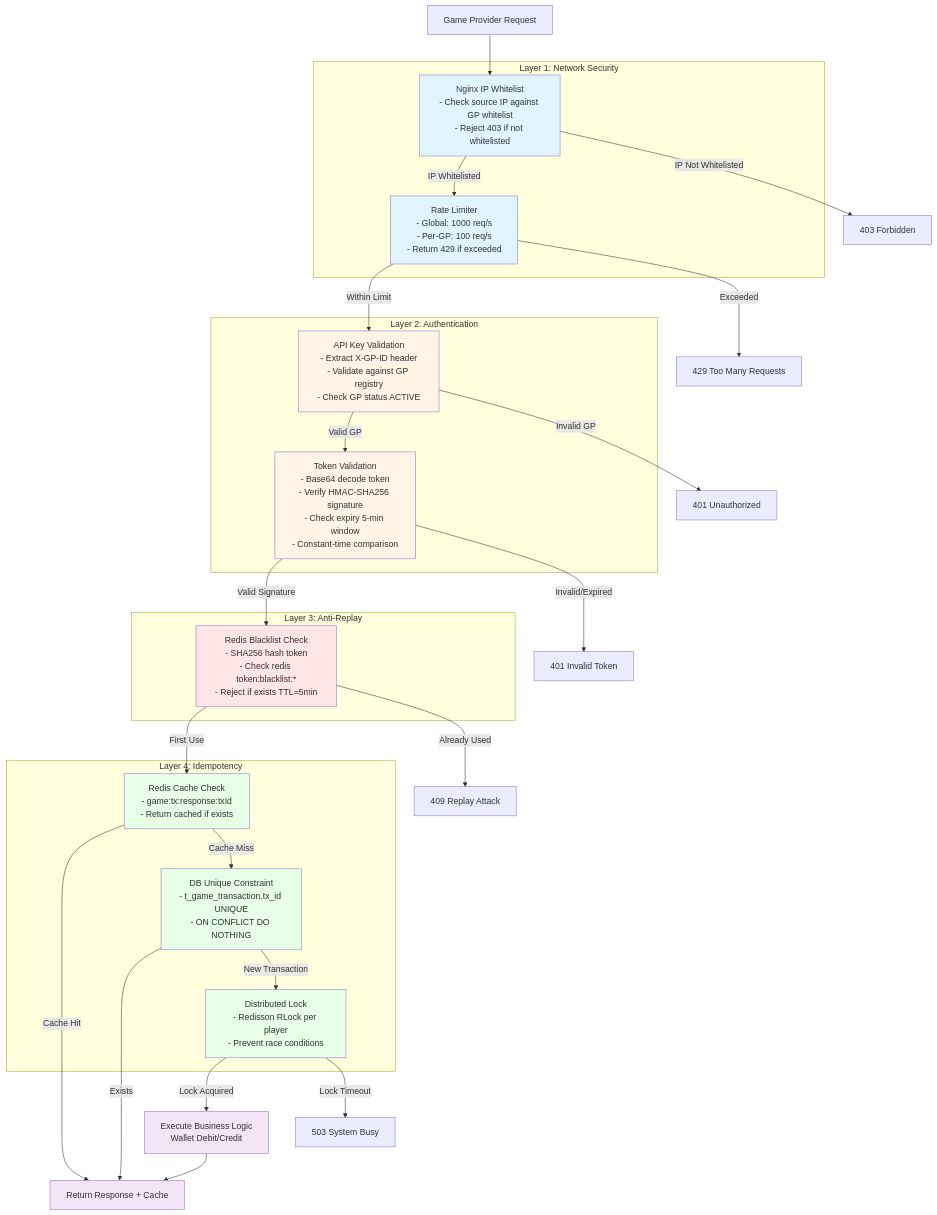
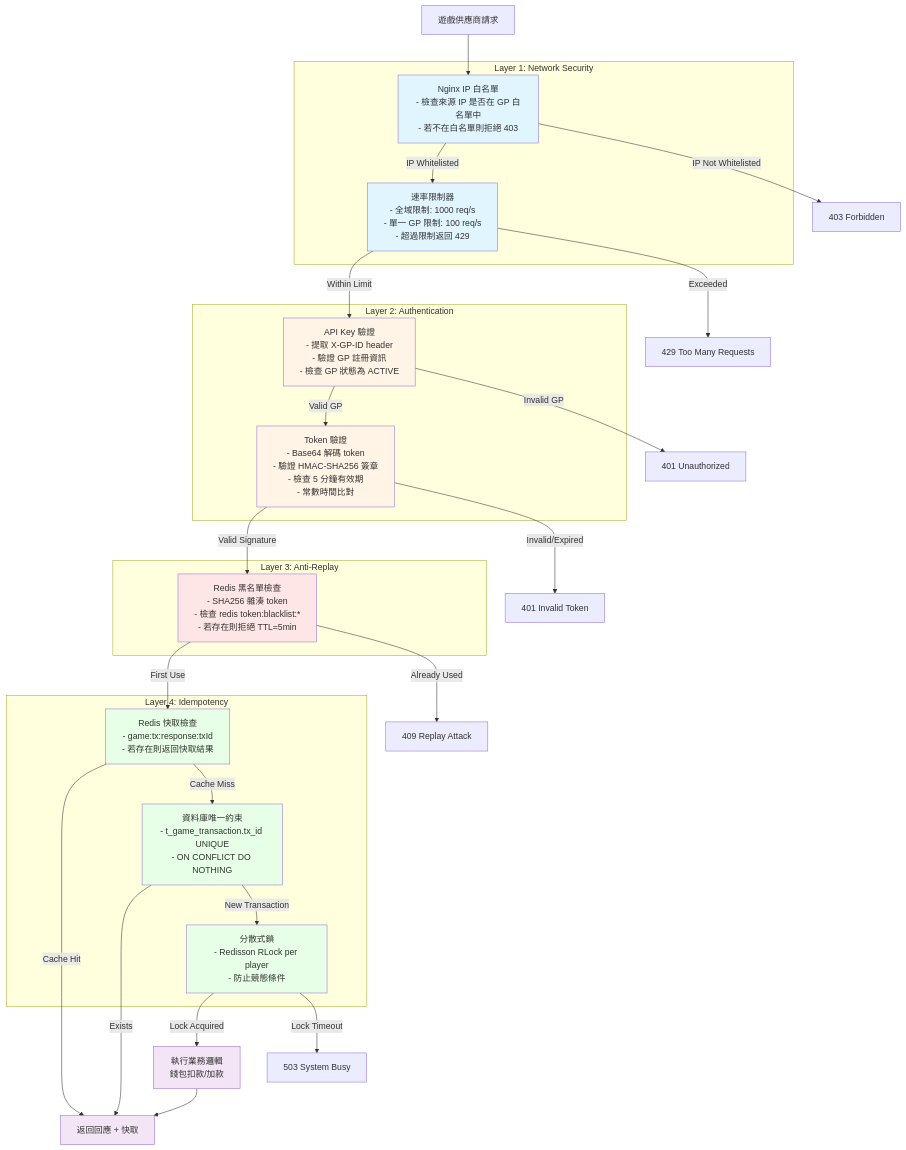
The diagram in docs/iGaming/architecture/03_Game_Integration/Game_Integration_Security.md (ron03wlb/smart-admin), drawn with Mermaid before and after one commit. The commit also changed other lines of this file and 4 other files, not shown here.

````diff
--- a/docs/iGaming/architecture/03_Game_Integration/Game_Integration_Security.md
+++ b/docs/iGaming/architecture/03_Game_Integration/Game_Integration_Security.md
@@ -25,65 +25,65 @@
 ```mermaid
 graph TB
-    Request[Game Provider Request]
+    Request[遊戲供應商請求]
 
     subgraph "Layer 1: Network Security"
-        Nginx[Nginx IP Whitelist<br/>- Check source IP against GP whitelist<br/>- Reject 403 if not whitelisted]
-        RateLimit[Rate Limiter<br/>- Global: 1000 req/s<br/>- Per-GP: 100 req/s<br/>- Return 429 if exceeded]
+        Nginx[Nginx IP 白名單<br/>- 檢查來源 IP 是否在 GP 白名單中<br/>- 若不在白名單則拒絕 403]
+        RateLimit[速率限制器<br/>- 全域限制: 1000 req/s<br/>- 單一 GP 限制: 100 req/s<br/>- 超過限制返回 429]
     end
 
     subgraph "Layer 2: Authentication"
-        APIKey[API Key Validation<br/>- Extract X-GP-ID header<br/>- Validate against GP registry<br/>- Check GP status ACTIVE]
-        Token[Token Validation<br/>- Base64 decode token<br/>- Verify HMAC-SHA256 signature<br/>- Check expiry 5-min window<br/>- Constant-time comparison]
+        APIKey[API Key 驗證<br/>- 提取 X-GP-ID header<br/>- 驗證 GP 註冊資訊<br/>- 檢查 GP 狀態為 ACTIVE]
+        Token[Token 驗證<br/>- Base64 解碼 token<br/>- 驗證 HMAC-SHA256 簽章<br/>- 檢查 5 分鐘有效期<br/>- 常數時間比對]
     end
 
     subgraph "Layer 3: Anti-Replay"
-        Replay[Redis Blacklist Check<br/>- SHA256 hash token<br/>- Check redis token:blacklist:*<br/>- Reject if exists TTL=5min]
+        Replay[Redis 黑名單檢查<br/>- SHA256 雜湊 token<br/>- 檢查 redis token:blacklist:*<br/>- 若存在則拒絕 TTL=5min]
     end
 
     subgraph "Layer 4: Idempotency"
-        Cache[Redis Cache Check<br/>- game:tx:response:txId<br/>- Return cached if exists]
-        DB[DB Unique Constraint<br/>- t_game_transaction.tx_id UNIQUE<br/>- ON CONFLICT DO NOTHING]
-        Lock[Distributed Lock<br/>- Redisson RLock per player<br/>- Prevent race conditions]
+        Cache[Redis 快取檢查<br/>- game:tx:response:txId<br/>- 若存在則返回快取結果]
+        DB[資料庫唯一約束<br/>- t_game_transaction.tx_id UNIQUE<br/>- ON CONFLICT DO NOTHING]
+        Lock[分散式鎖<br/>- Redisson RLock per player<br/>- 防止競態條件]
     end
 
-    Execute[Execute Business Logic<br/>Wallet Debit/Credit]
-    Response[Return Response + Cache]
+    Execute[執行業務邏輯<br/>錢包扣款/加款]
+    Response[返回回應 + 快取]
 
     Request --> Nginx
     Nginx -->|IP Whitelisted| RateLimit
     Nginx -->|IP Not Whitelisted| Reject1[403 Forbidden]
 
     RateLimit -->|Within Limit| APIKey
     RateLimit -->|Exceeded| Reject2[429 Too Many Requests]
 
     APIKey -->|Valid GP| Token
     APIKey -->|Invalid GP| Reject3[401 Unauthorized]
 
     Token -->|Valid Signature| Replay
     Token -->|Invalid/Expired| Reject4[401 Invalid Token]
 
     Replay -->|First Use| Cache
     Replay -->|Already Used| Reject5[409 Replay Attack]
 
     Cache -->|Cache Hit| Response
     Cache -->|Cache Miss| DB
 
     DB -->|Exists| Response
     DB -->|New Transaction| Lock
 
     Lock -->|Lock Acquired| Execute
     Lock -->|Lock Timeout| Reject6[503 System Busy]
 
     Execute --> Response
 
     style Nginx fill:#e1f5ff
     style RateLimit fill:#e1f5ff
     style APIKey fill:#fff4e6
     style Token fill:#fff4e6
     style Replay fill:#ffe6e6
     style Cache fill:#e6ffe6
     style DB fill:#e6ffe6
     style Lock fill:#e6ffe6
     style Execute fill:#f3e5f5
     style Response fill:#f3e5f5
 ```
````
